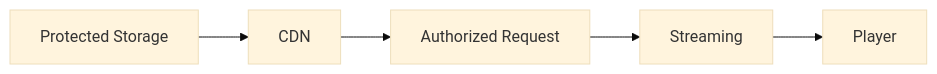
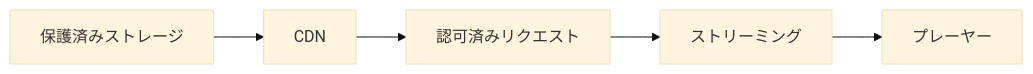
Before and after one commit to ShigeichiroYamasaki/creator-first-platform: the eighth of 48 diagrams in docs/whitepaper/10-security.md, drawn with Mermaid (base theme). The commit also changed other lines of this file and 72 other files, not shown here.

````diff
--- a/docs/whitepaper/10-security.md
+++ b/docs/whitepaper/10-security.md
@@ -278,10 +278,10 @@
 ```mermaid
 flowchart LR
-    STORAGE[Protected Storage]
+    STORAGE[保護済みストレージ]
     CDN[CDN]
-    AUTH[Authorized Request]
-    STREAM[Streaming]
-    PLAYER[Player]
+    AUTH[認可済みリクエスト]
+    STREAM[ストリーミング]
+    PLAYER[プレーヤー]
 
     STORAGE --> CDN --> AUTH --> STREAM --> PLAYER
 ```
````
